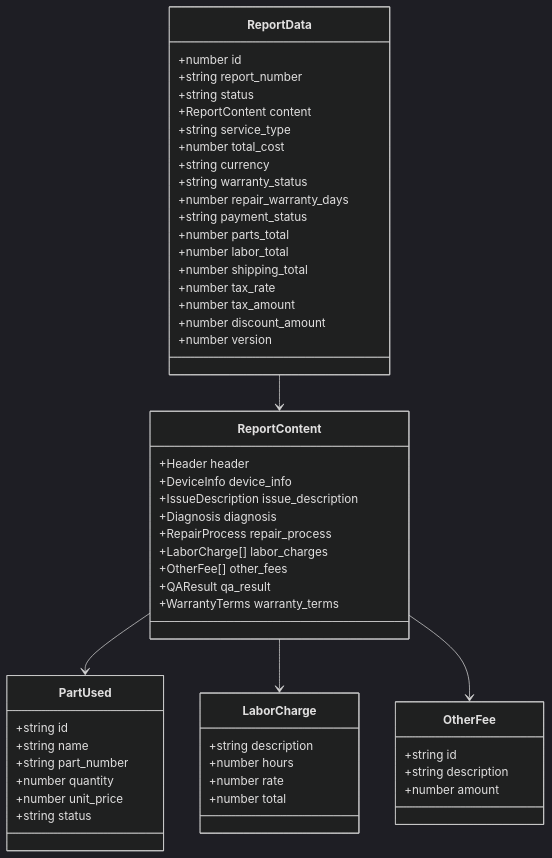
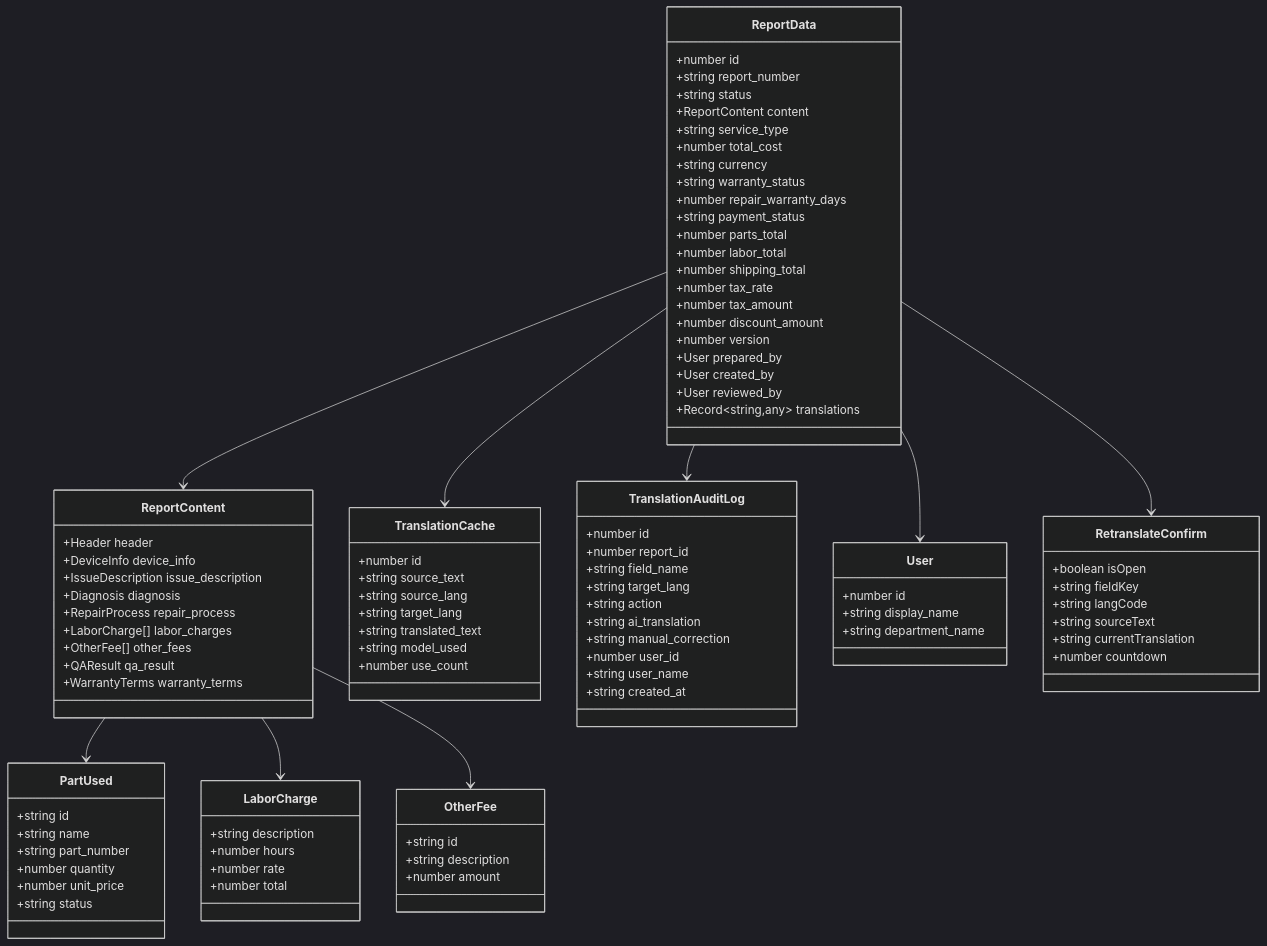
Before and after one commit to CubeEdge/Longhorn: the second of 40 diagrams in .qoder/repowiki/zh/content/Repair Report Editor Component.md, drawn with Mermaid (dark theme). The commit also changed other lines of this file and 53 other files, not shown here.

````diff
--- a/.qoder/repowiki/zh/content/Repair Report Editor Component.md
+++ b/.qoder/repowiki/zh/content/Repair Report Editor Component.md
@@ -85,6 +128,10 @@
 +number tax_amount
 +number discount_amount
 +number version
++User prepared_by
++User created_by
++User reviewed_by
++Record~string,any~ translations
 }
 class ReportContent {
 +Header header
@@ -116,8 +163,46 @@
 +string description
 +number amount
 }
+class TranslationCache {
++number id
++string source_text
++string source_lang
++string target_lang
++string translated_text
++string model_used
++number use_count
+}
+class TranslationAuditLog {
++number id
++number report_id
++string field_name
++string target_lang
++string action
++string ai_translation
++string manual_correction
++number user_id
++string user_name
++string created_at
+}
+class User {
++number id
++string display_name
++string department_name
+}
+class RetranslateConfirm {
++boolean isOpen
++string fieldKey
++string langCode
++string sourceText
++string currentTranslation
++number countdown
+}
 ReportData --> ReportContent
 ReportContent --> PartUsed
 ReportContent --> LaborCharge
 ReportContent --> OtherFee
+ReportData --> TranslationCache
+ReportData --> TranslationAuditLog
+ReportData --> User
+ReportData --> RetranslateConfirm
 ```
````
